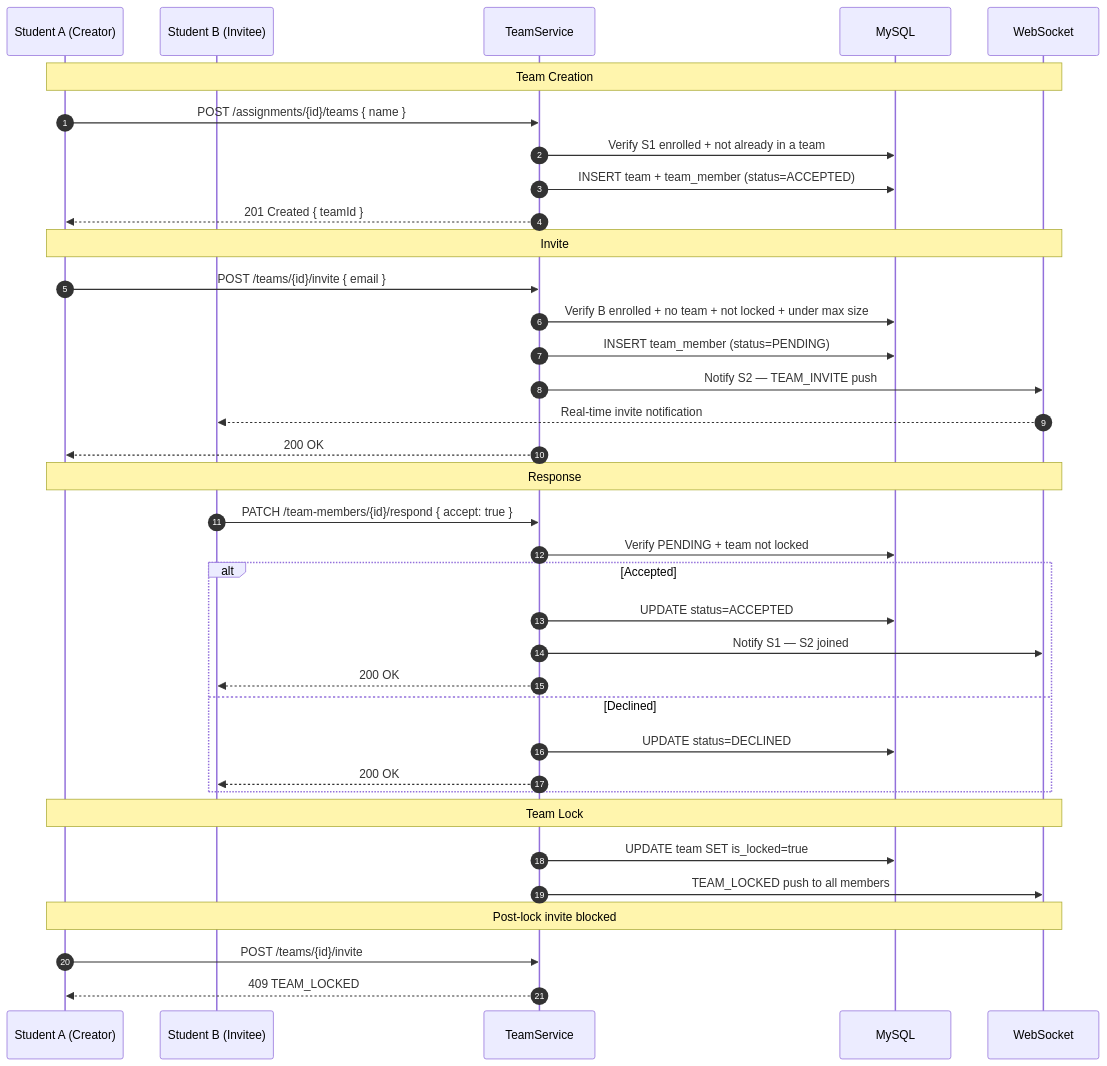
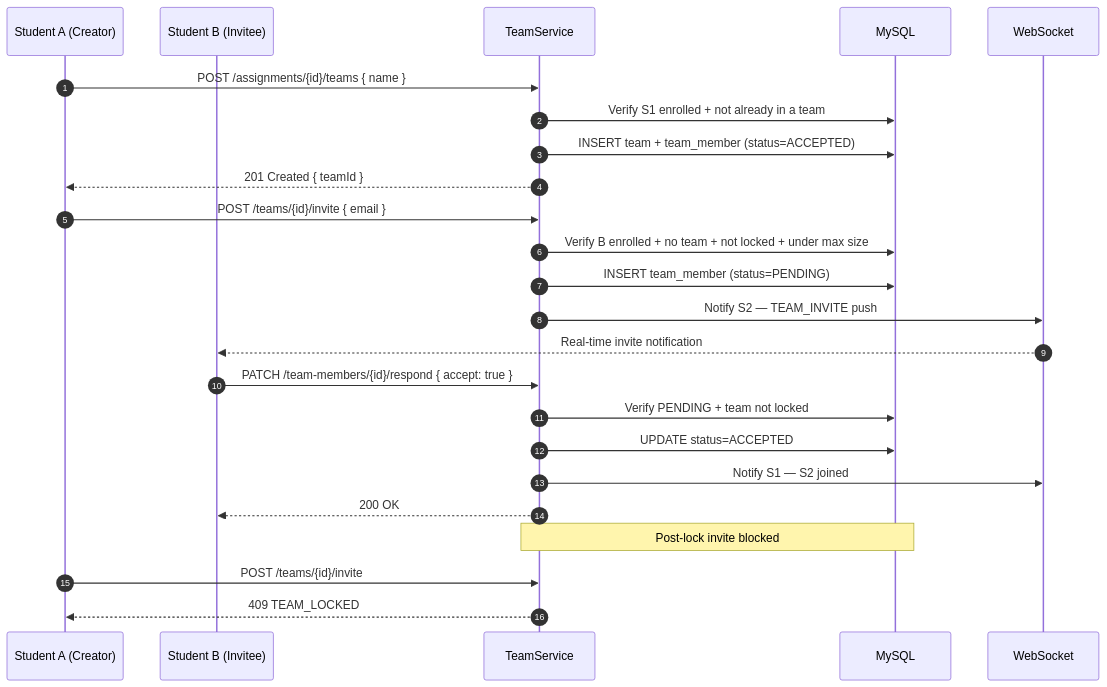
Before and after one commit to olafabregas/Reviewflow: the fourth of 7 diagrams in ARCHITECTURE.md, drawn with Mermaid. The commit also changed other lines of this file, not shown here.

Commit message:
Updating the Architecture file

````diff
--- a/ARCHITECTURE.md
+++ b/ARCHITECTURE.md
@@ -207,43 +151,30 @@
 ```mermaid
 sequenceDiagram
     autonumber
     participant S1 as Student A (Creator)
     participant S2 as Student B (Invitee)
     participant TS as TeamService
     participant DB as MySQL
     participant WS as WebSocket
 
-    Note over S1,WS: Team Creation
     S1->>TS: POST /assignments/{id}/teams { name }
     TS->>DB: Verify S1 enrolled + not already in a team
     TS->>DB: INSERT team + team_member (status=ACCEPTED)
     TS-->>S1: 201 Created { teamId }
 
-    Note over S1,WS: Invite
     S1->>TS: POST /teams/{id}/invite { email }
     TS->>DB: Verify B enrolled + no team + not locked + under max size
     TS->>DB: INSERT team_member (status=PENDING)
     TS->>WS: Notify S2 — TEAM_INVITE push
     WS-->>S2: Real-time invite notification
-    TS-->>S1: 200 OK
 
-    Note over S1,WS: Response
     S2->>TS: PATCH /team-members/{id}/respond { accept: true }
     TS->>DB: Verify PENDING + team not locked
-    alt Accepted
-        TS->>DB: UPDATE status=ACCEPTED
-        TS->>WS: Notify S1 — S2 joined
-        TS-->>S2: 200 OK
-    else Declined
-        TS->>DB: UPDATE status=DECLINED
-        TS-->>S2: 200 OK
-    end
+    TS->>DB: UPDATE status=ACCEPTED
+    TS->>WS: Notify S1 — S2 joined
+    TS-->>S2: 200 OK
 
-    Note over S1,WS: Team Lock
-    TS->>DB: UPDATE team SET is_locked=true
-    TS->>WS: TEAM_LOCKED push to all members
-
-    Note over S1,WS: Post-lock invite blocked
+    Note over TS,DB: Post-lock invite blocked
     S1->>TS: POST /teams/{id}/invite
     TS-->>S1: 409 TEAM_LOCKED
 ```
````
